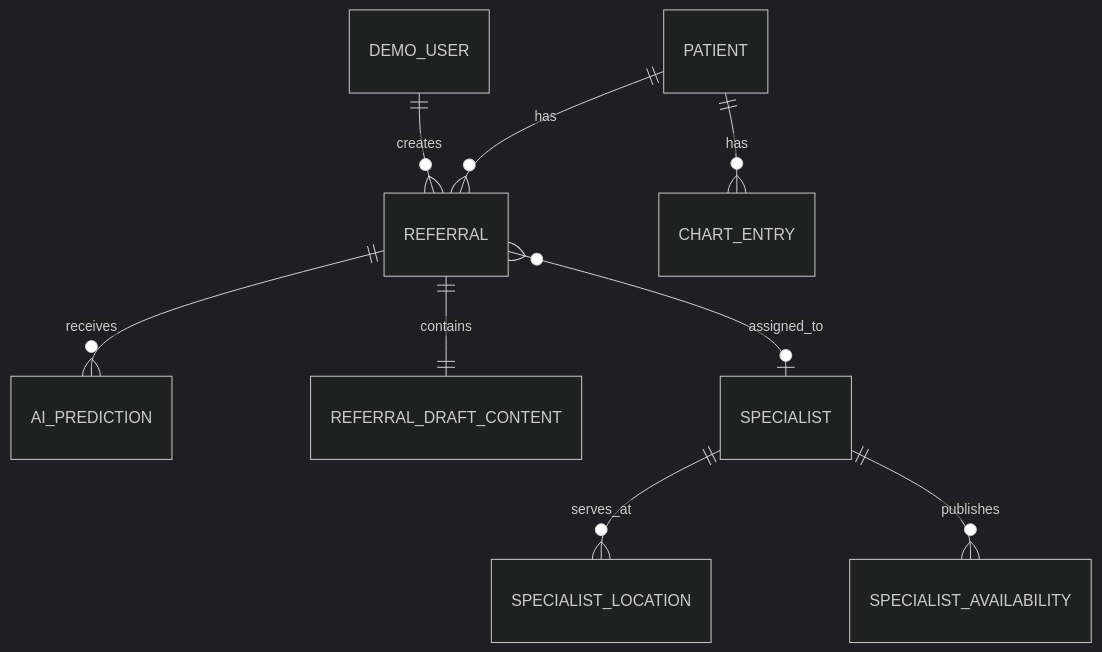
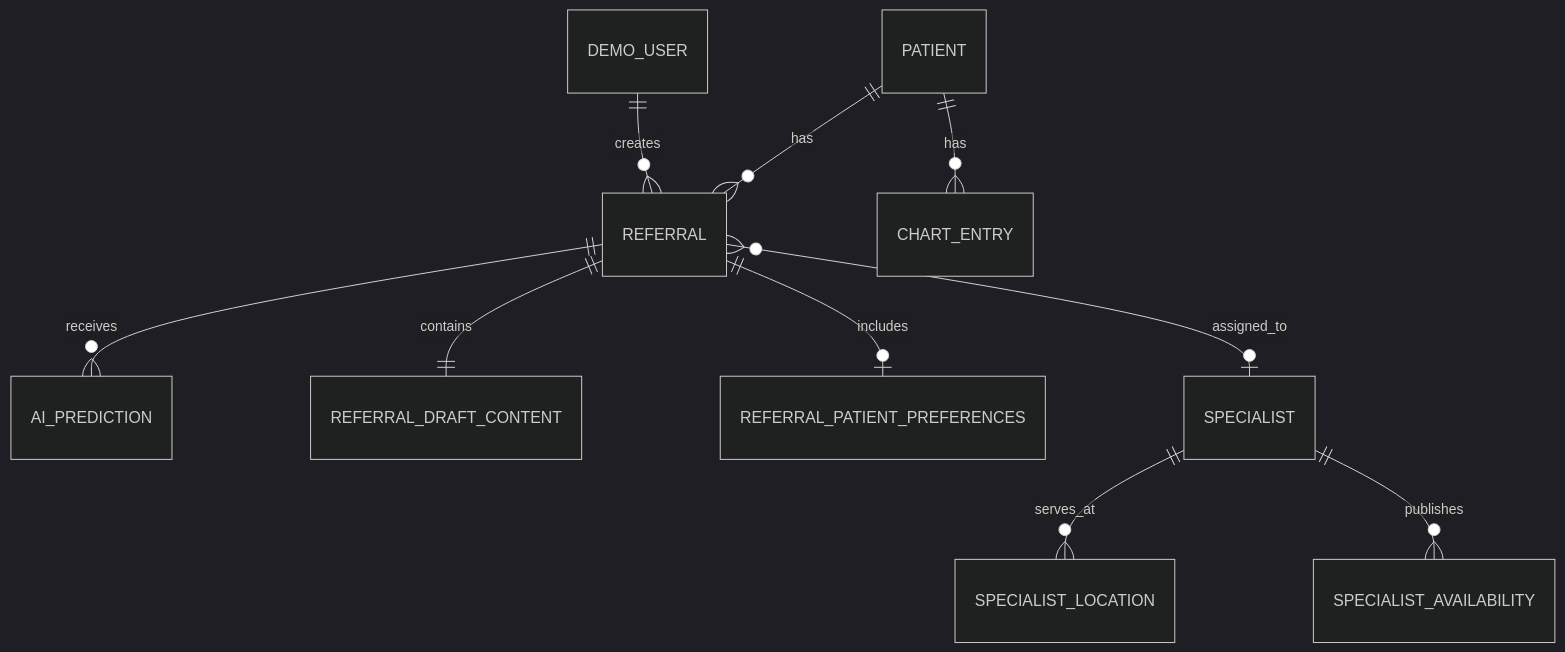
The third of 3 diagrams in docs/master-document.md (Souheil-Yazji/ReferOn), drawn with Mermaid (dark theme) before and after one commit. The commit also changed other lines of this file, not shown here.

````diff
--- a/docs/master-document.md
+++ b/docs/master-document.md
@@ -277,11 +299,12 @@
 ```mermaid
 erDiagram
   DEMO_USER ||--o{ REFERRAL : creates
   PATIENT ||--o{ CHART_ENTRY : has
   PATIENT ||--o{ REFERRAL : has
   REFERRAL ||--o{ AI_PREDICTION : receives
   REFERRAL ||--|| REFERRAL_DRAFT_CONTENT : contains
+  REFERRAL ||--o| REFERRAL_PATIENT_PREFERENCES : includes
   REFERRAL }o--o| SPECIALIST : assigned_to
   SPECIALIST ||--o{ SPECIALIST_LOCATION : serves_at
   SPECIALIST ||--o{ SPECIALIST_AVAILABILITY : publishes
 ```
````
